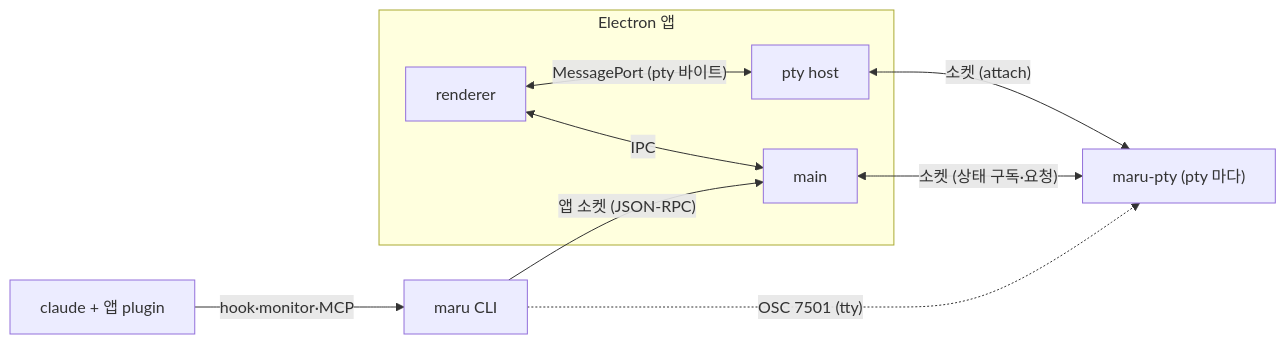
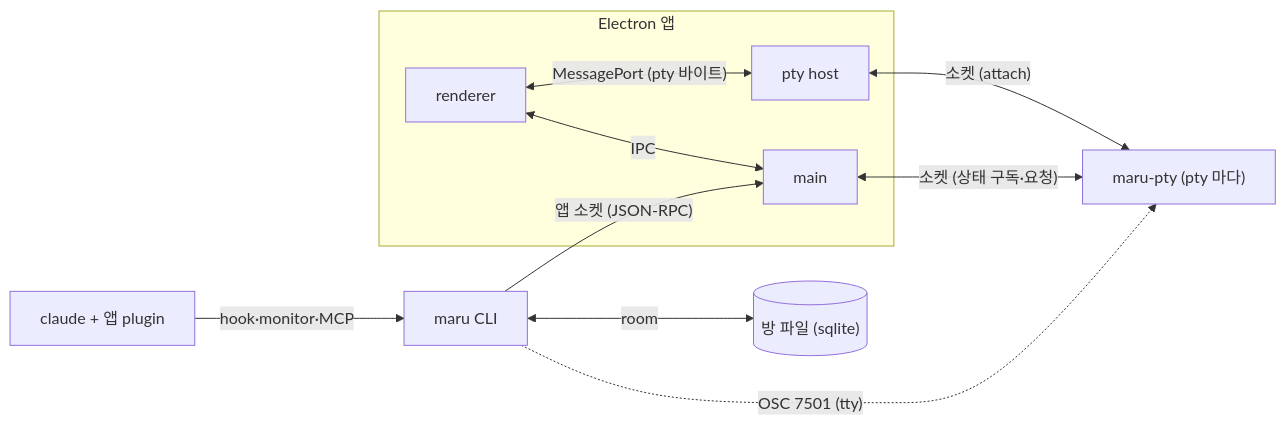
One commit to dxforge/ai-maru changed the diagram in docs/architecture.md. Above: the diagram before and after it, drawn with Mermaid. The commit also changed other lines of this file and 8 other files, not shown here.

````diff
--- a/docs/architecture.md
+++ b/docs/architecture.md
@@ -15,18 +15,20 @@
 ```mermaid
 flowchart LR
   subgraph app[Electron 앱]
     R[renderer]
     M[main]
     H[pty host]
   end
   P["maru-pty (pty 마다)"]
   C[maru CLI]
   CL["claude + 앱 plugin"]
+  DB[("방 파일 (sqlite)")]
   R <-- IPC --> M
   R <-- "MessagePort (pty 바이트)" --> H
   H <-- "소켓 (attach)" --> P
   M <-- "소켓 (상태 구독·요청)" --> P
   C -- "앱 소켓 (JSON-RPC)" --> M
   C -. "OSC 7501 (tty)" .-> P
   CL -- "hook·monitor·MCP" --> C
+  C <-- "room" --> DB
 ```
````
